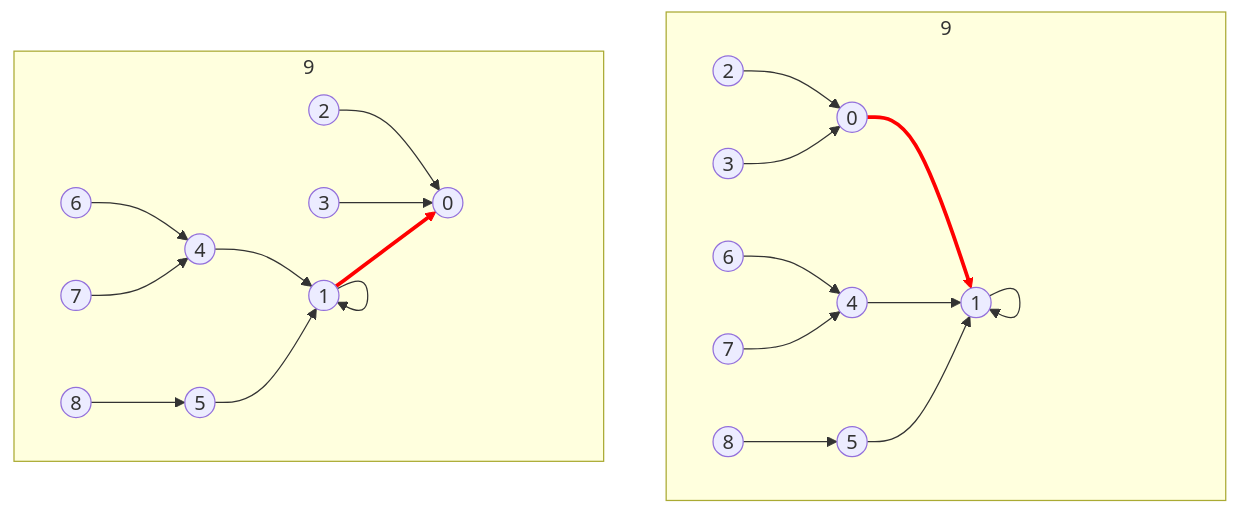
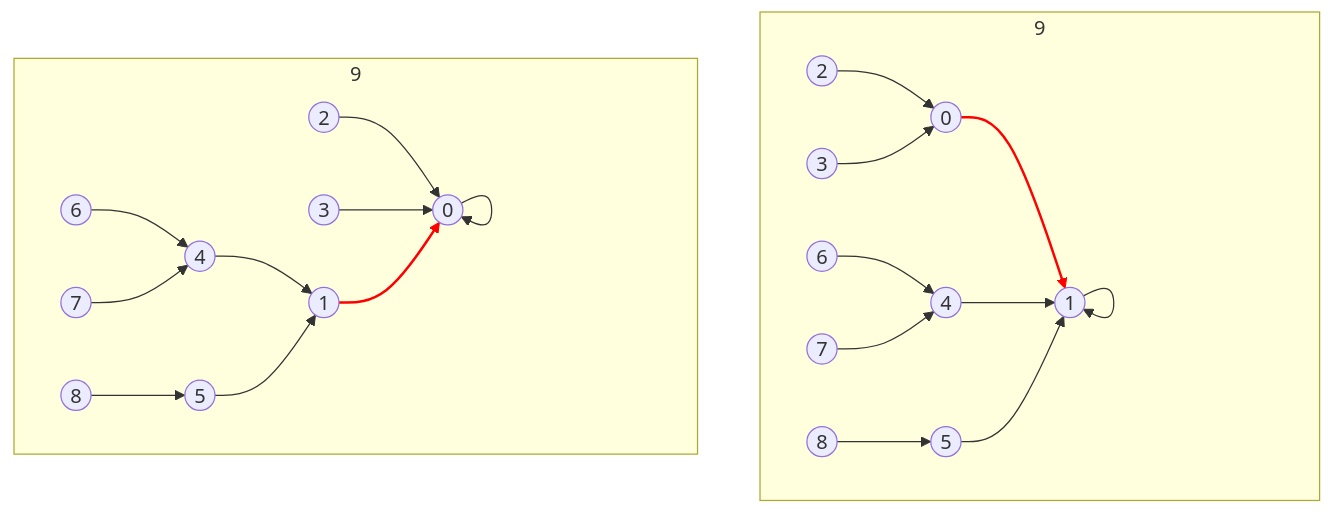
Diagram 20 of 20 in Disjoint Set.md (mrfish233/notes), drawn with Mermaid before and after one commit. The commit also changed other lines of this file, not shown here.

````diff
--- a/Disjoint Set.md
+++ b/Disjoint Set.md
@@ -717,43 +745,43 @@
 ```mermaid=
 graph TD
 
 0((0))
 1((1))
 2((2))
 3((3))
 4((4))
 5((5))
 6((6))
 7((7))
 8((8))
 
 A((0))
 B((1))
 C((2))
 D((3))
 E((4))
 F((5))
 G((6))
 H((7))
 I((8))
 
 subgraph s1[9]
 2 & 3 --> 0
 0 --> 1
 1 --> 1
 4 & 5 --> 1
 6 & 7 --> 4
 8 --> 5
 end
 
 subgraph s2[9]
 C & D --> A
 B --> A
-B --> B
+A --> A
 E & F --> B
 G & H --> E
 I --> F
 end
 
-linkStyle 2,11 stroke:#f00, stroke-width:3px;
+linkStyle 2,11 stroke:#f00, stroke-width:2px;
 ```
````
